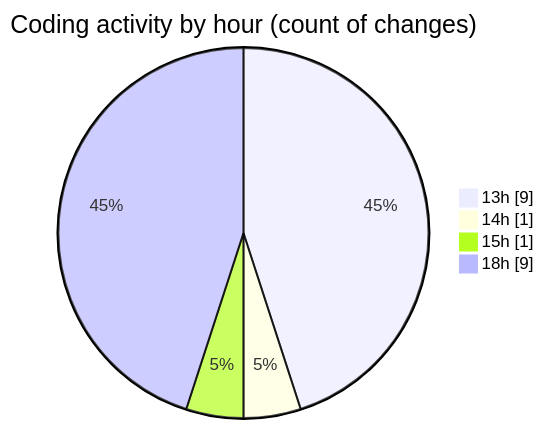
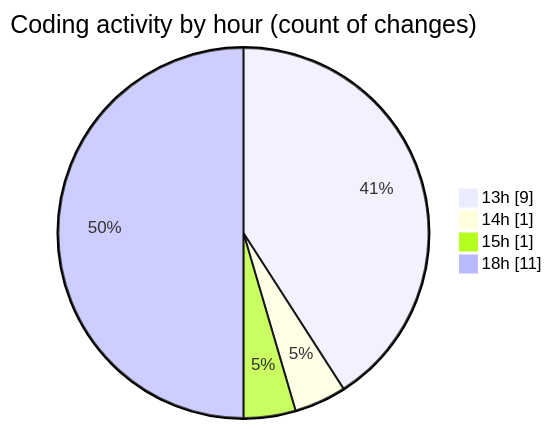
One commit to nxtqubesakshisongat/code-tracking changed the second of 2 diagrams in 2025-11-19/nxtqube_webapp/README.md. Above: the diagram before and after it, drawn with Mermaid. The commit also changed other lines of this file and 1 other file, not shown here.

````diff
--- a/2025-11-19/nxtqube_webapp/README.md
+++ b/2025-11-19/nxtqube_webapp/README.md
@@ -30,8 +30,8 @@
 ```mermaid
 pie showData
 title Coding activity by hour (count of changes)
 "13h" : 9
 "14h" : 1
 "15h" : 1
-"18h" : 9
+"18h" : 11
 ```
````
